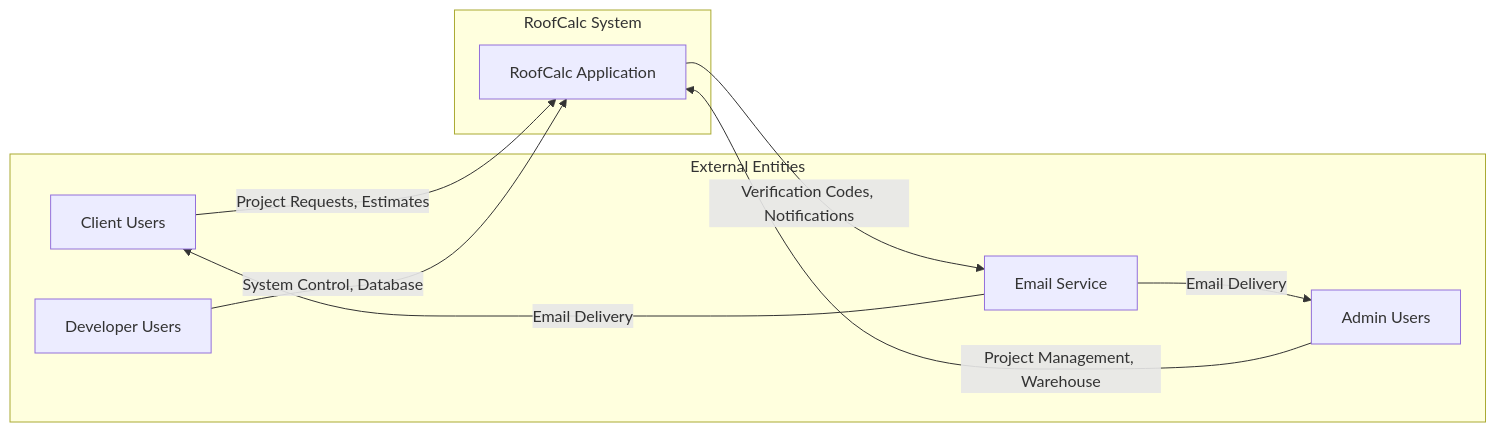
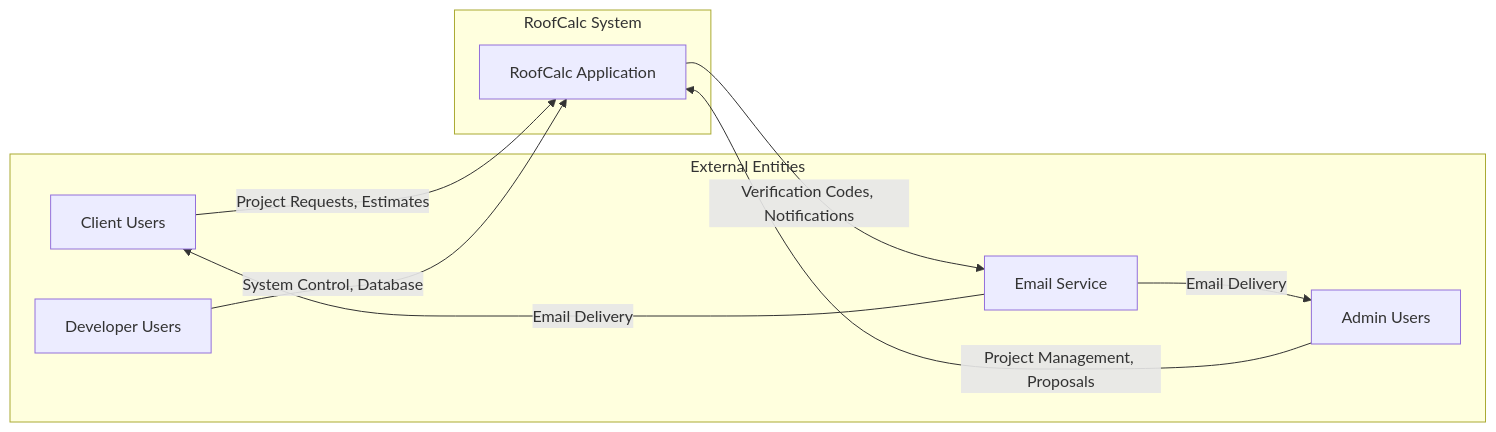
The seventh of 11 diagrams in README.md (Justin322322/roofcal), drawn with Mermaid before and after one commit. The commit also changed other lines of this file and 1 other file, not shown here.

````diff
--- a/README.md
+++ b/README.md
@@ -513,20 +568,20 @@
 ```mermaid
 flowchart LR
     subgraph "External Entities"
         CLIENT[Client Users]
         ADMIN[Admin Users]
         DEVELOPER[Developer Users]
         EMAIL_SVC[Email Service]
     end
 
     subgraph "RoofCalc System"
         SYSTEM[RoofCalc Application]
     end
 
     CLIENT -->|Project Requests, Estimates| SYSTEM
-    ADMIN -->|Project Management, Warehouse| SYSTEM
+    ADMIN -->|Project Management, Proposals| SYSTEM
     DEVELOPER -->|System Control, Database| SYSTEM
     SYSTEM -->|Verification Codes, Notifications| EMAIL_SVC
     EMAIL_SVC -->|Email Delivery| CLIENT
     EMAIL_SVC -->|Email Delivery| ADMIN
 ```
````
